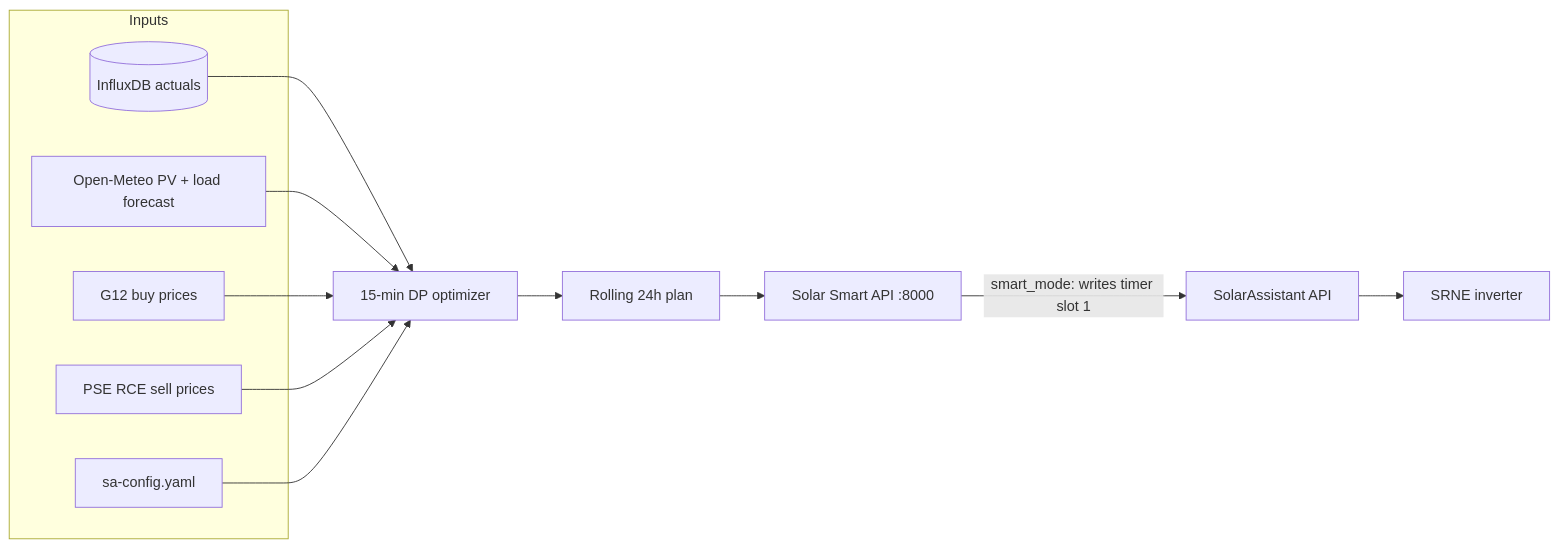
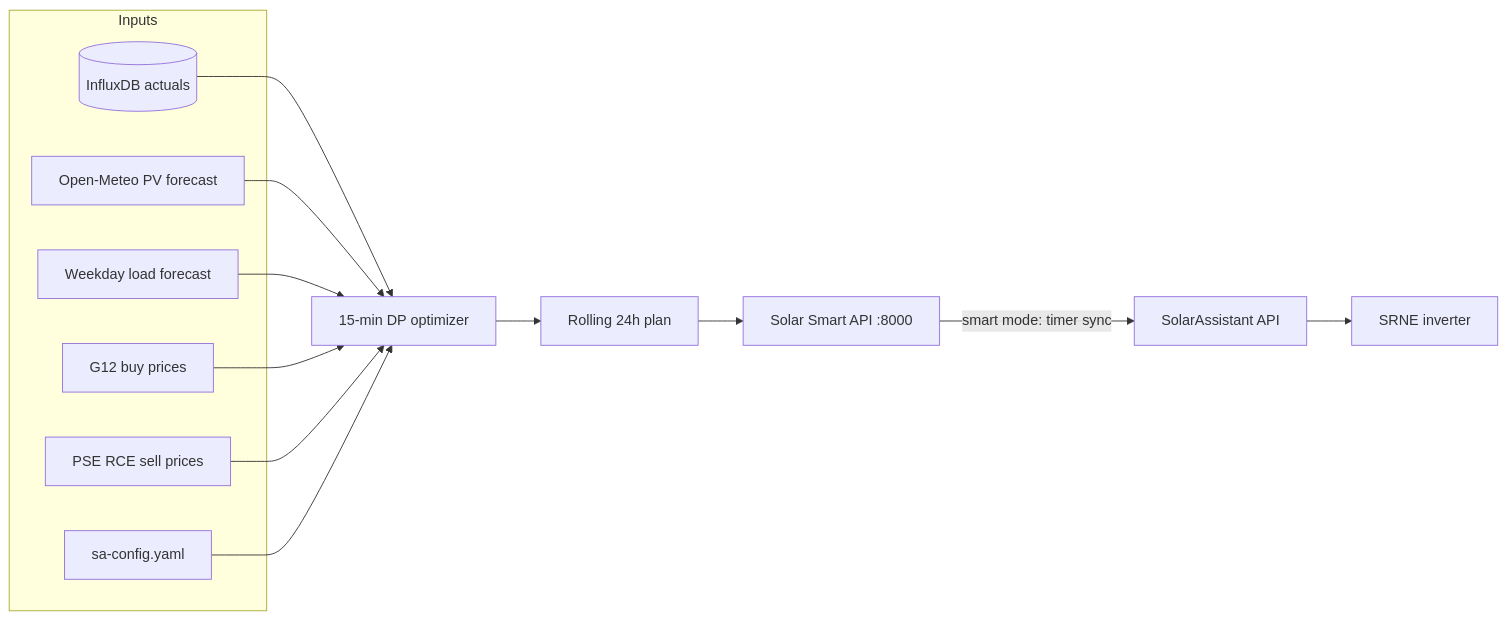
One commit to shaman1307/solar-assistant changed the diagram in README.md. Above: the diagram before and after it, drawn with Mermaid. The commit also changed other lines of this file and 2 other files, not shown here.

First line of the commit message:
Rewrite README for end users and fix Smart mode config handling.

````diff
--- a/README.md
+++ b/README.md
@@ -17,25 +17,27 @@
 ```mermaid
 flowchart LR
   subgraph inputs [Inputs]
     INFLUX[(InfluxDB actuals)]
-    FORECAST[Open-Meteo PV + load forecast]
+    PV[Open-Meteo PV forecast]
+    LOAD[Weekday load forecast]
     G12[G12 buy prices]
     RCE[PSE RCE sell prices]
     CFG[sa-config.yaml]
   end
   OPT[15-min DP optimizer]
   PLAN[Rolling 24h plan]
   API[Solar Smart API :8000]
   SA[SolarAssistant API]
   INV[SRNE inverter]
 
   INFLUX --> OPT
-  FORECAST --> OPT
+  PV --> OPT
+  LOAD --> OPT
   G12 --> OPT
   RCE --> OPT
   CFG --> OPT
   OPT --> PLAN
   PLAN --> API
-  API -->|smart_mode: writes timer slot 1| SA
+  API -->|smart mode: timer sync| SA
   SA --> INV
 ```
````
